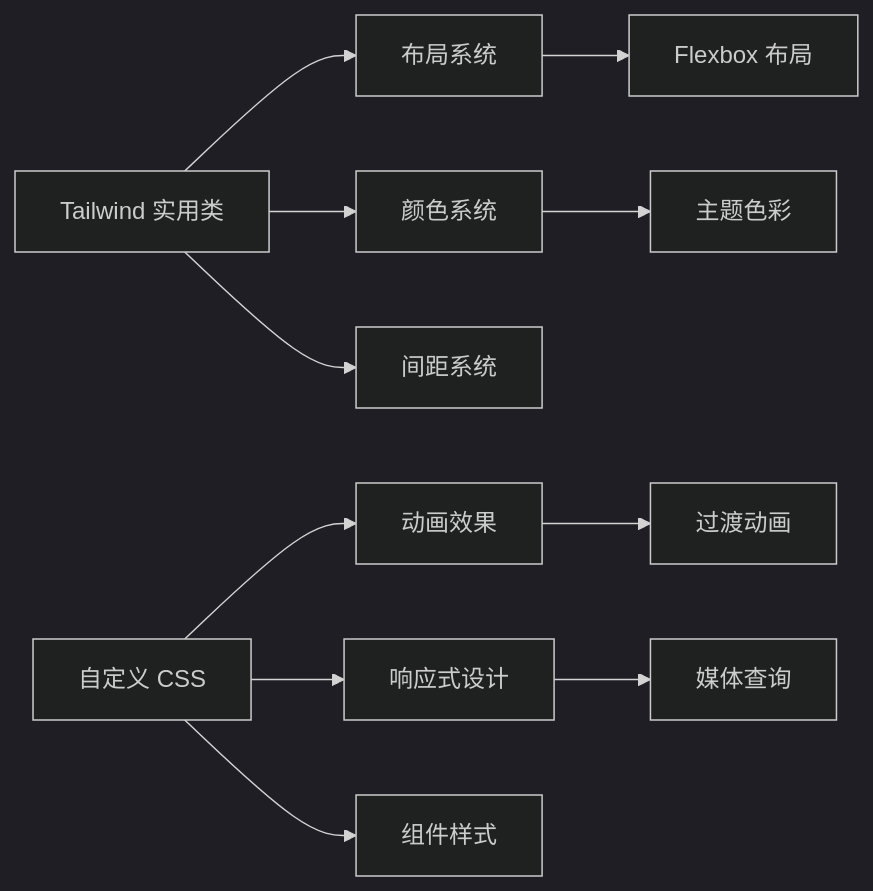
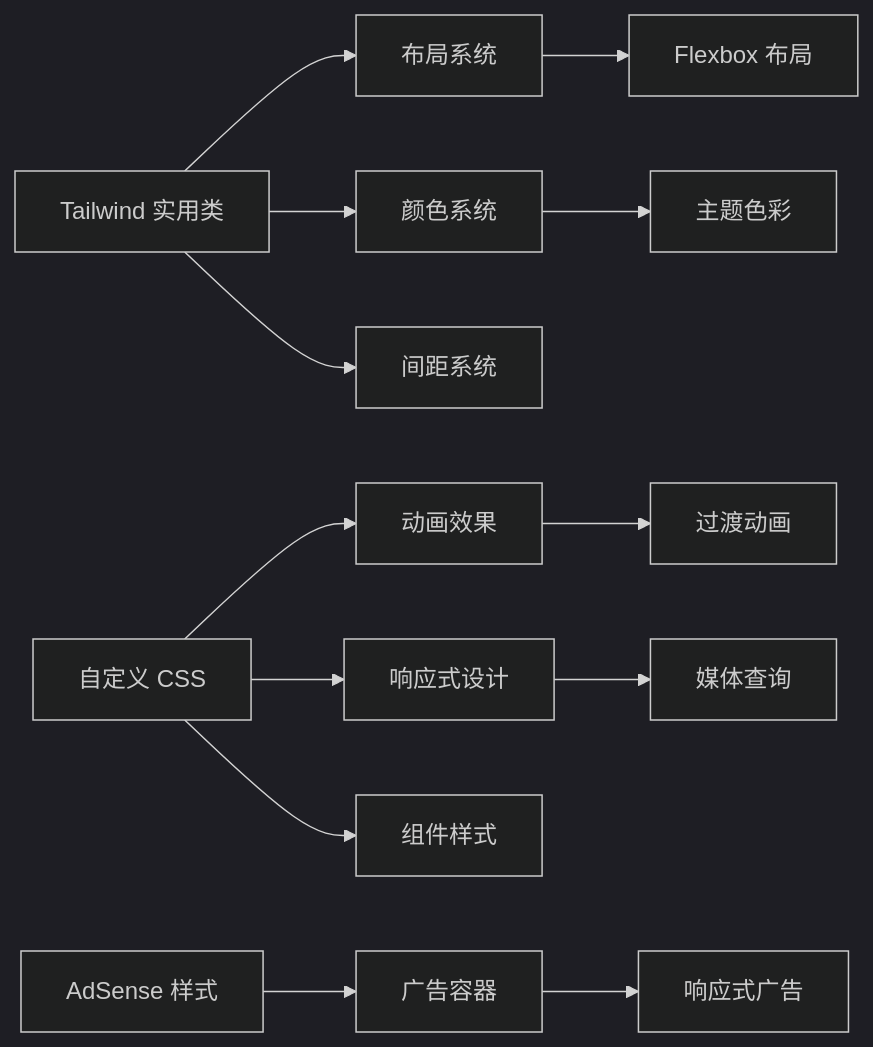
One commit to mrancc/reimagined-journey changed the eighth of 21 diagrams in .qoder/repowiki/zh/content/部署指南.md. Above: the diagram before and after it, drawn with Mermaid (dark theme). The commit also changed other lines of this file and 3 other files, not shown here.

````diff
--- a/.qoder/repowiki/zh/content/部署指南.md
+++ b/.qoder/repowiki/zh/content/部署指南.md
@@ -272,13 +299,15 @@
 ```mermaid
 graph LR
 A[Tailwind 实用类] --> B[布局系统]
 A --> C[颜色系统]
 A --> D[间距系统]
 E[自定义 CSS] --> F[动画效果]
 E --> G[响应式设计]
 E --> H[组件样式]
 B --> I[Flexbox 布局]
 C --> J[主题色彩]
 F --> K[过渡动画]
 G --> L[媒体查询]
+M[AdSense 样式] --> N[广告容器]
+N --> O[响应式广告]
 ```
````
